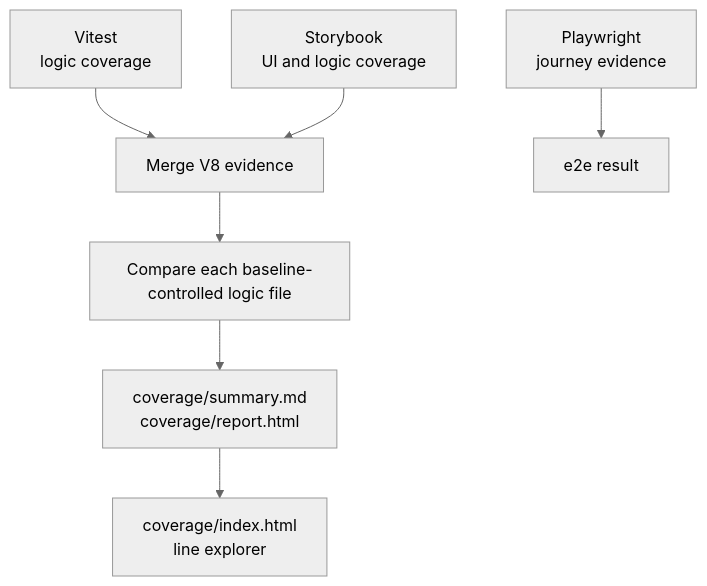
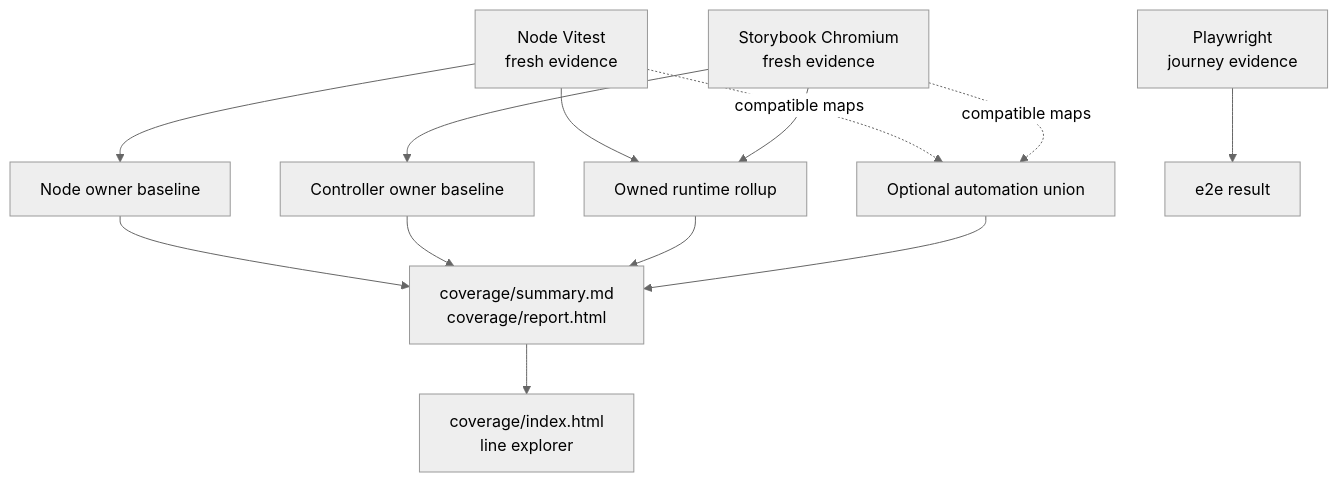
One commit to pietgk/web-interview changed the fifth of 9 diagrams in docs/testing-and-validation.md. Above: the diagram before and after it, drawn with Mermaid (neutral theme). The commit also changed other lines of this file and 24 other files, not shown here.

Commit message:
implement producer-owned coverage evidence

````diff
--- a/docs/testing-and-validation.md
+++ b/docs/testing-and-validation.md
@@ -174,9 +185,13 @@
 ```mermaid
 flowchart TD
-  V["Vitest<br/>logic coverage"] --> M["Merge V8 evidence"]
-  S["Storybook<br/>UI and logic coverage"] --> M
-  M --> C["Compare each baseline-controlled logic file"]
-  C --> R["coverage/summary.md<br/>coverage/report.html"]
+  V["Node Vitest<br/>fresh evidence"] --> N["Node owner baseline"]
+  S["Storybook Chromium<br/>fresh evidence"] --> C["Controller owner baseline"]
+  N --> R["coverage/summary.md<br/>coverage/report.html"]
+  C --> R
+  V --> O["Owned runtime rollup"] --> R
+  S --> O
+  V -. compatible maps .-> A["Optional automation union"] --> R
+  S -. compatible maps .-> A
   R --> X["coverage/index.html<br/>line explorer"]
   P["Playwright<br/>journey evidence"] --> J["e2e result"]
 ```
````
